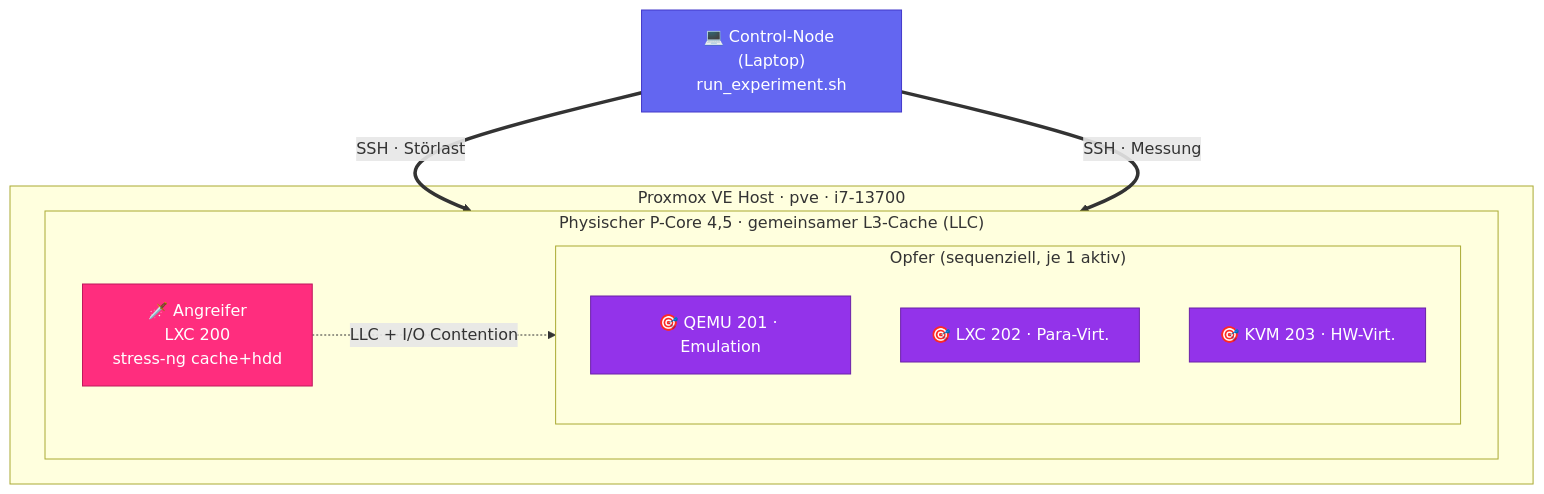
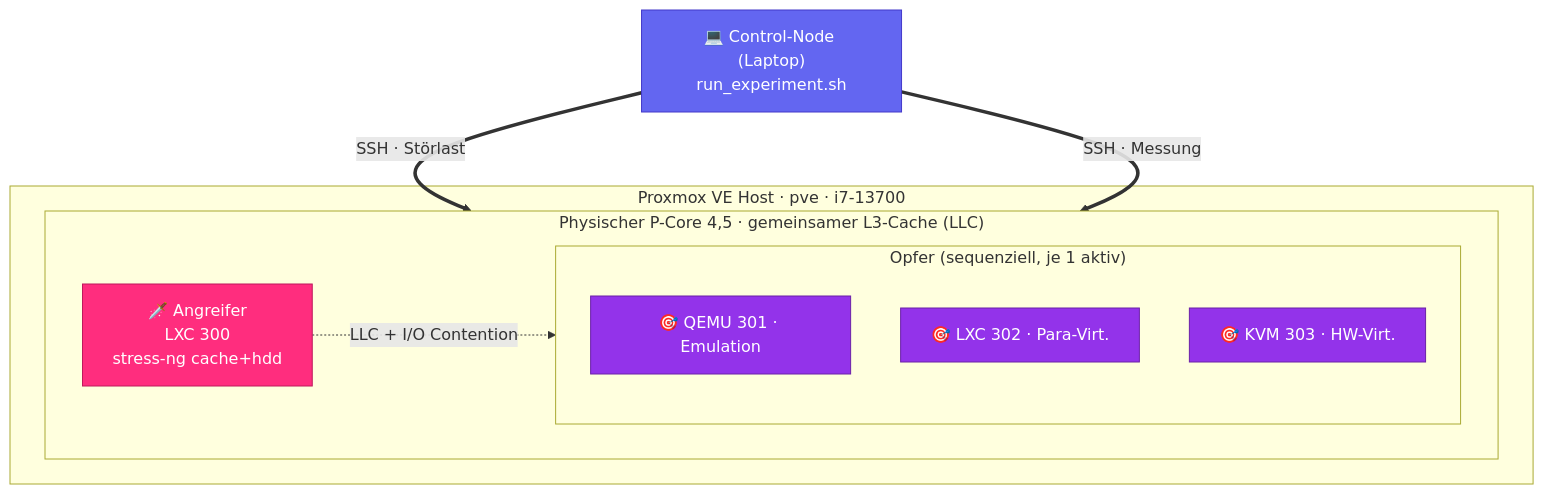
The second of 4 diagrams in presentation/slides.md (mwagner86/Hardware-Sicherheit), drawn with Mermaid before and after one commit. The commit also changed other lines of this file and 7 other files, not shown here.

````diff
--- a/presentation/slides.md
+++ b/presentation/slides.md
@@ -395,25 +395,25 @@
 ```mermaid {scale: 0.62}
 flowchart TB
   CN["💻 Control-Node (Laptop)<br/>run_experiment.sh"]:::ctl
 
   subgraph HOST["Proxmox VE Host · pve · i7-13700"]
     subgraph PCORE["Physischer P-Core 4,5 · gemeinsamer L3-Cache (LLC)"]
       direction LR
-      ATT["🗡️ Angreifer<br/>LXC 200<br/>stress-ng cache+hdd"]:::att
+      ATT["🗡️ Angreifer<br/>LXC 300<br/>stress-ng cache+hdd"]:::att
       subgraph VIC["Opfer (sequenziell, je 1 aktiv)"]
         direction TB
-        VQ["🎯 QEMU 201 · Emulation"]:::vic
-        VL["🎯 LXC 202 · Para-Virt."]:::vic
-        VK["🎯 KVM 203 · HW-Virt."]:::vic
+        VQ["🎯 QEMU 301 · Emulation"]:::vic
+        VL["🎯 LXC 302 · Para-Virt."]:::vic
+        VK["🎯 KVM 303 · HW-Virt."]:::vic
       end
       ATT -. "LLC + I/O Contention" .-> VIC
     end
   end
 
   CN == "SSH · Störlast" ==> ATT
   CN == "SSH · Messung" ==> VIC
 
   classDef ctl fill:#6366F1,stroke:#4338CA,color:#fff
   classDef att fill:#FF2D7E,stroke:#BE185D,color:#fff
   classDef vic fill:#9333EA,stroke:#6B21A8,color:#fff
 ```
````
